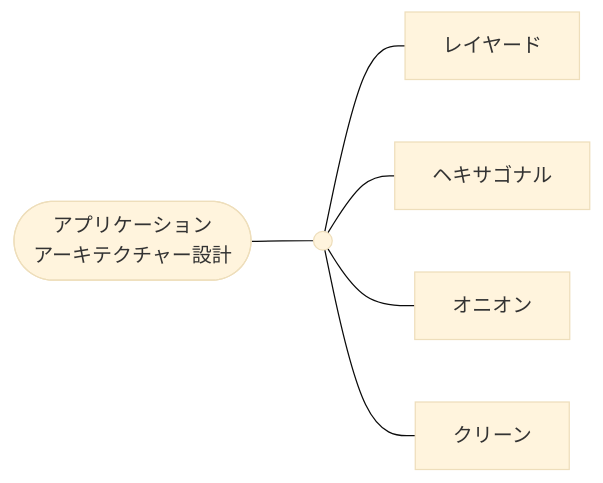
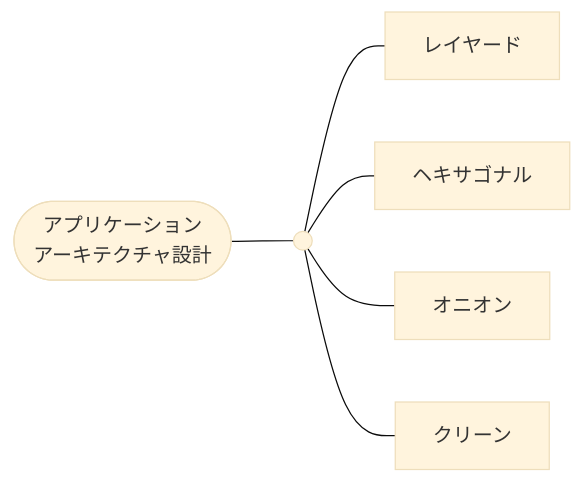
One commit to hiroki-it/tech-notebook changed diagram 11 of 24 in docs/software/software_application_architecture_microservices_cloudnative.md. Above: the diagram before and after it, drawn with Mermaid (base theme). The commit also changed other lines of this file and 1 other file, not shown here.

````diff
--- a/docs/software/software_application_architecture_microservices_cloudnative.md
+++ b/docs/software/software_application_architecture_microservices_cloudnative.md
@@ -909,10 +909,10 @@
 ```mermaid
 flowchart LR
 
-  アプリケーションアーキテクチャー設計([アプリケーション<br>アーキテクチャー設計]) --- アプリケーションアーキテクチャー設計の基点(( ))
-  アプリケーションアーキテクチャー設計の基点 --- レイヤード
-  アプリケーションアーキテクチャー設計の基点 --- ヘキサゴナル
-  アプリケーションアーキテクチャー設計の基点 --- オニオン
-  アプリケーションアーキテクチャー設計の基点 --- クリーン
+  アプリケーションアーキテクチャ設計([アプリケーション<br>アーキテクチャ設計]) --- アプリケーションアーキテクチャ設計の基点(( ))
+  アプリケーションアーキテクチャ設計の基点 --- レイヤード
+  アプリケーションアーキテクチャ設計の基点 --- ヘキサゴナル
+  アプリケーションアーキテクチャ設計の基点 --- オニオン
+  アプリケーションアーキテクチャ設計の基点 --- クリーン
 
 ```
````
